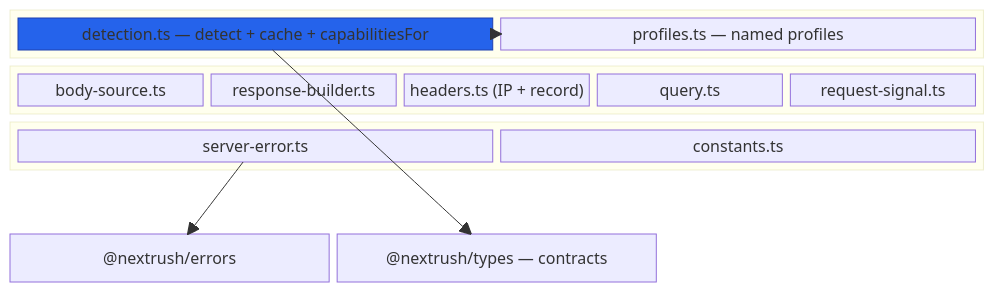
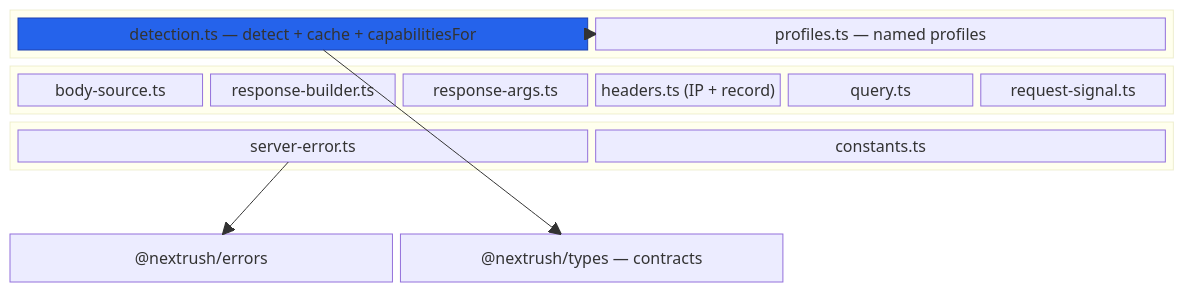
Before and after one commit to 0xTanzim/nextRush: the second of 6 diagrams in packages/runtime/ARCHITECTURE.md, drawn with Mermaid. The commit also changed other lines of this file and 18 other files, not shown here.

````diff
--- a/packages/runtime/ARCHITECTURE.md
+++ b/packages/runtime/ARCHITECTURE.md
@@ -150,27 +152,28 @@
 ```mermaid
 block-beta
   columns 3
   block:detect:3
     detection["detection.ts — detect + cache + capabilitiesFor"]
     profiles["profiles.ts — named profiles"]
   end
   block:perreq:3
     body["body-source.ts"]
     response["response-builder.ts"]
+    args["response-args.ts"]
     headers["headers.ts (IP + record)"]
     query["query.ts"]
     signal["request-signal.ts"]
   end
   block:startup:3
     servererr["server-error.ts"]
     constants["constants.ts"]
   end
   space:3
   errors["@nextrush/errors"]
   types["@nextrush/types — contracts"]
   space
   profiles --> detection
   servererr --> errors
   detection --> types
   style detection fill:#2563eb,color:#fff,stroke:#1e40af
 ```
````
